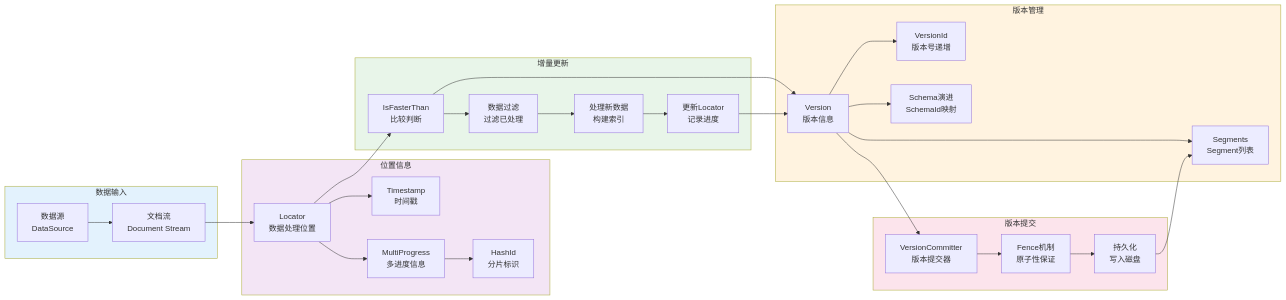
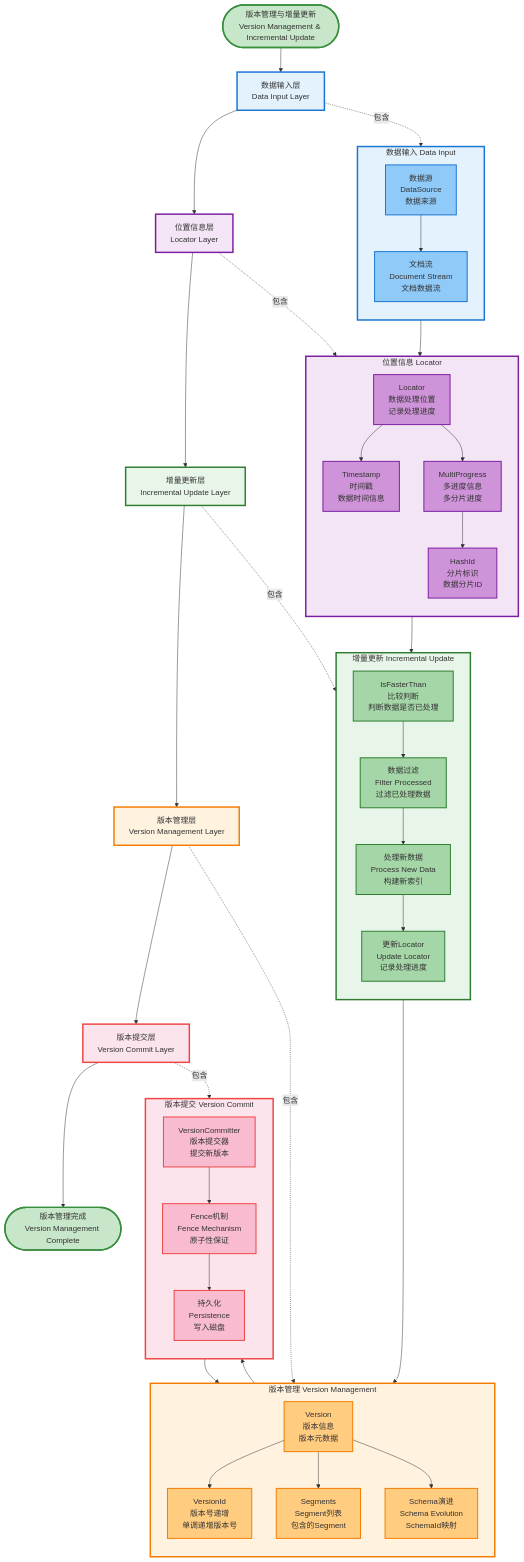
One commit to zhouzhilong-commits/zhouzhilong-commits.github.io changed the first of 27 diagrams in _posts/2025-06-24-indexlib-5-version-management.md. Above: the diagram before and after it, drawn with Mermaid. The commit also changed other lines of this file and 19 other files, not shown here.

````diff
--- a/_posts/2025-06-24-indexlib-5-version-management.md
+++ b/_posts/2025-06-24-indexlib-5-version-management.md
@@ -14,59 +14,105 @@
 ```mermaid
-flowchart LR
-    subgraph Input["数据输入"]
-        A[数据源<br/>DataSource]
-        B[文档流<br/>Document Stream]
-        A --> B
+flowchart TB
+    Start([版本管理与增量更新<br/>Version Management & Incremental Update]) --> InputLayer[数据输入层<br/>Data Input Layer]
+    
+    subgraph InputGroup["数据输入 Data Input"]
+        direction TB
+        I1[数据源<br/>DataSource<br/>数据来源]
+        I2[文档流<br/>Document Stream<br/>文档数据流]
+        I1 --> I2
     end
     
-    subgraph Version["版本管理"]
-        C[Version<br/>版本信息]
-        D[VersionId<br/>版本号递增]
-        E[Segments<br/>Segment列表]
-        F[Schema演进<br/>SchemaId映射]
-        C --> D
-        C --> E
-        C --> F
+    InputLayer --> LocatorLayer[位置信息层<br/>Locator Layer]
+    
+    subgraph LocatorGroup["位置信息 Locator"]
+        direction TB
+        L1[Locator<br/>数据处理位置<br/>记录处理进度]
+        L2[Timestamp<br/>时间戳<br/>数据时间信息]
+        L3[MultiProgress<br/>多进度信息<br/>多分片进度]
+        L4[HashId<br/>分片标识<br/>数据分片ID]
+        L1 --> L2
+        L1 --> L3
+        L3 --> L4
     end
     
-    subgraph Locator["位置信息"]
-        G[Locator<br/>数据处理位置]
-        H[Timestamp<br/>时间戳]
-        I[MultiProgress<br/>多进度信息]
-        J[HashId<br/>分片标识]
-        G --> H
-        G --> I
-        I --> J
+    LocatorLayer --> UpdateLayer[增量更新层<br/>Incremental Update Layer]
+    
+    subgraph UpdateGroup["增量更新 Incremental Update"]
+        direction TB
+        U1[IsFasterThan<br/>比较判断<br/>判断数据是否已处理]
+        U2[数据过滤<br/>Filter Processed<br/>过滤已处理数据]
+        U3[处理新数据<br/>Process New Data<br/>构建新索引]
+        U4[更新Locator<br/>Update Locator<br/>记录处理进度]
+        U1 --> U2
+        U2 --> U3
+        U3 --> U4
     end
     
-    subgraph Update["增量更新"]
-        K[IsFasterThan<br/>比较判断]
-        L[数据过滤<br/>过滤已处理]
-        M[处理新数据<br/>构建索引]
-        N[更新Locator<br/>记录进度]
-        K --> L
-        L --> M
-        M --> N
+    UpdateLayer --> VersionLayer[版本管理层<br/>Version Management Layer]
+    
+    subgraph VersionGroup["版本管理 Version Management"]
+        direction TB
+        V1[Version<br/>版本信息<br/>版本元数据]
+        V2[VersionId<br/>版本号递增<br/>单调递增版本号]
+        V3[Segments<br/>Segment列表<br/>包含的Segment]
+        V4[Schema演进<br/>Schema Evolution<br/>SchemaId映射]
+        V1 --> V2
+        V1 --> V3
+        V1 --> V4
     end
     
-    subgraph Commit["版本提交"]
-        O[VersionCommitter<br/>版本提交器]
-        P[Fence机制<br/>原子性保证]
-        Q[持久化<br/>写入磁盘]
-        O --> P
-        P --> Q
+    VersionLayer --> CommitLayer[版本提交层<br/>Version Commit Layer]
+    
+    subgraph CommitGroup["版本提交 Version Commit"]
+        direction TB
+        C1[VersionCommitter<br/>版本提交器<br/>提交新版本]
+        C2[Fence机制<br/>Fence Mechanism<br/>原子性保证]
+        C3[持久化<br/>Persistence<br/>写入磁盘]
+        C1 --> C2
+        C2 --> C3
     end
     
-    B --> G
-    G --> K
-    K --> C
-    N --> C
-    C --> O
-    Q --> E
+    CommitLayer --> End([版本管理完成<br/>Version Management Complete])
     
-    style Input fill:#e3f2fd
-    style Version fill:#fff3e0
-    style Locator fill:#f3e5f5
-    style Update fill:#e8f5e9
-    style Commit fill:#fce4ec
+    InputLayer -.->|包含| InputGroup
+    LocatorLayer -.->|包含| LocatorGroup
+    UpdateLayer -.->|包含| UpdateGroup
+    VersionLayer -.->|包含| VersionGroup
+    CommitLayer -.->|包含| CommitGroup
+    
+    I2 --> L1
+    L1 --> U1
+    U4 --> V1
+    V1 --> C1
+    C3 --> V3
+    
+    style Start fill:#c8e6c9,stroke:#388e3c,stroke-width:3px
+    style End fill:#c8e6c9,stroke:#388e3c,stroke-width:3px
+    style InputLayer fill:#e3f2fd,stroke:#1976d2,stroke-width:3px
+    style LocatorLayer fill:#f3e5f5,stroke:#7b1fa2,stroke-width:3px
+    style UpdateLayer fill:#e8f5e9,stroke:#2e7d32,stroke-width:3px
+    style VersionLayer fill:#fff3e0,stroke:#f57c00,stroke-width:3px
+    style CommitLayer fill:#fce4ec,stroke:#ef4444,stroke-width:3px
+    style InputGroup fill:#e3f2fd,stroke:#1976d2,stroke-width:3px
+    style I1 fill:#90caf9,stroke:#1976d2,stroke-width:2px
+    style I2 fill:#90caf9,stroke:#1976d2,stroke-width:2px
+    style LocatorGroup fill:#f3e5f5,stroke:#7b1fa2,stroke-width:3px
+    style L1 fill:#ce93d8,stroke:#7b1fa2,stroke-width:2px
+    style L2 fill:#ce93d8,stroke:#7b1fa2,stroke-width:2px
+    style L3 fill:#ce93d8,stroke:#7b1fa2,stroke-width:2px
+    style L4 fill:#ce93d8,stroke:#7b1fa2,stroke-width:2px
+    style UpdateGroup fill:#e8f5e9,stroke:#2e7d32,stroke-width:3px
+    style U1 fill:#a5d6a7,stroke:#2e7d32,stroke-width:2px
+    style U2 fill:#a5d6a7,stroke:#2e7d32,stroke-width:2px
+    style U3 fill:#a5d6a7,stroke:#2e7d32,stroke-width:2px
+    style U4 fill:#a5d6a7,stroke:#2e7d32,stroke-width:2px
+    style VersionGroup fill:#fff3e0,stroke:#f57c00,stroke-width:3px
+    style V1 fill:#ffcc80,stroke:#f57c00,stroke-width:2px
+    style V2 fill:#ffcc80,stroke:#f57c00,stroke-width:2px
+    style V3 fill:#ffcc80,stroke:#f57c00,stroke-width:2px
+    style V4 fill:#ffcc80,stroke:#f57c00,stroke-width:2px
+    style CommitGroup fill:#fce4ec,stroke:#ef4444,stroke-width:3px
+    style C1 fill:#f8bbd0,stroke:#ef4444,stroke-width:2px
+    style C2 fill:#f8bbd0,stroke:#ef4444,stroke-width:2px
+    style C3 fill:#f8bbd0,stroke:#ef4444,stroke-width:2px
 ```
````
